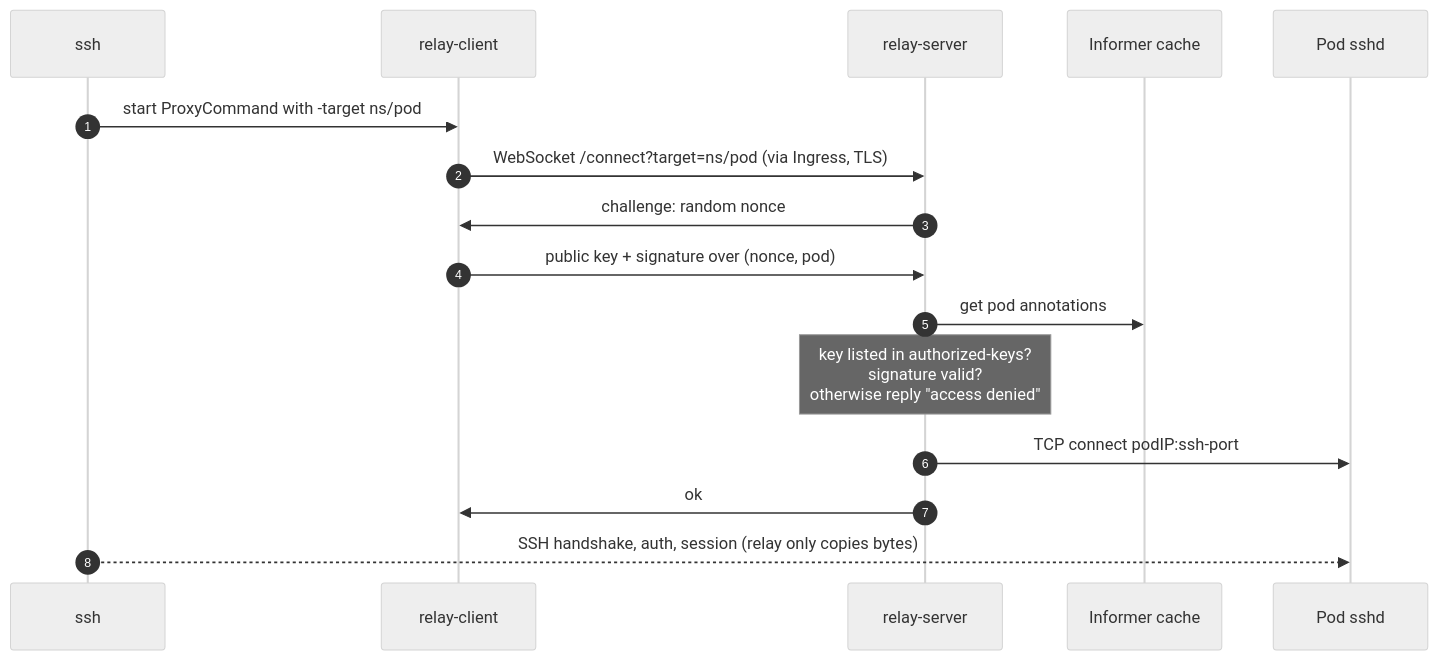
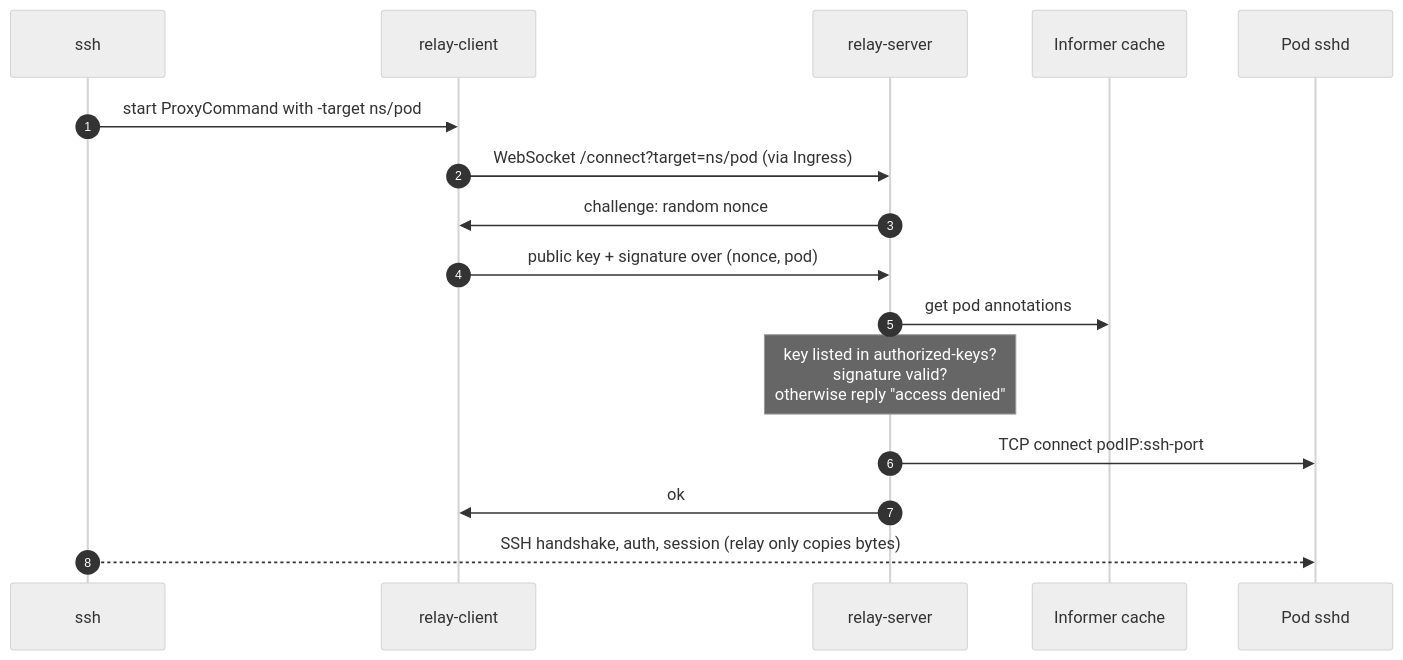
One commit to fqix/k8s-pod-ssh-relay changed the second of 2 diagrams in README.md. Above: the diagram before and after it, drawn with Mermaid (neutral theme). The commit also changed other lines of this file and 12 other files, not shown here.

````diff
--- a/README.md
+++ b/README.md
@@ -55,19 +55,19 @@
 ```mermaid
 sequenceDiagram
   autonumber
   participant S as ssh
   participant C as relay-client
   participant R as relay-server
   participant I as Informer cache
   participant P as Pod sshd
 
   S->>C: start ProxyCommand with -target ns/pod
-  C->>R: WebSocket /connect?target=ns/pod (via Ingress, TLS)
+  C->>R: WebSocket /connect?target=ns/pod (via Ingress)
   R->>C: challenge: random nonce
   C->>R: public key + signature over (nonce, pod)
   R->>I: get pod annotations
   Note over R: key listed in authorized-keys?<br/>signature valid?<br/>otherwise reply "access denied"
   R->>P: TCP connect podIP:ssh-port
   R->>C: ok
   S-->>P: SSH handshake, auth, session (relay only copies bytes)
 ```
````
